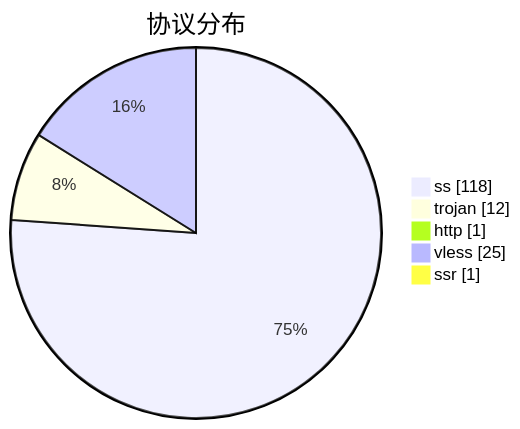
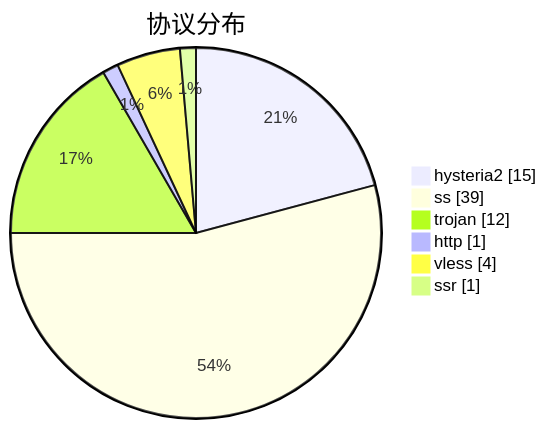
One commit to qjlxg/airport changed the third of 3 diagrams in subs/statistics/tested_within.md. Above: the diagram before and after it, drawn with Mermaid. The commit also changed other lines of this file and 2 other files, not shown here.

````diff
--- a/subs/statistics/tested_within.md
+++ b/subs/statistics/tested_within.md
@@ -30,9 +28,10 @@
 ```mermaid
 pie showData
 title 协议分布
-"ss" : 118
+"hysteria2" : 15
+"ss" : 39
 "trojan" : 12
 "http" : 1
-"vless" : 25
+"vless" : 4
 "ssr" : 1
 ```
````
